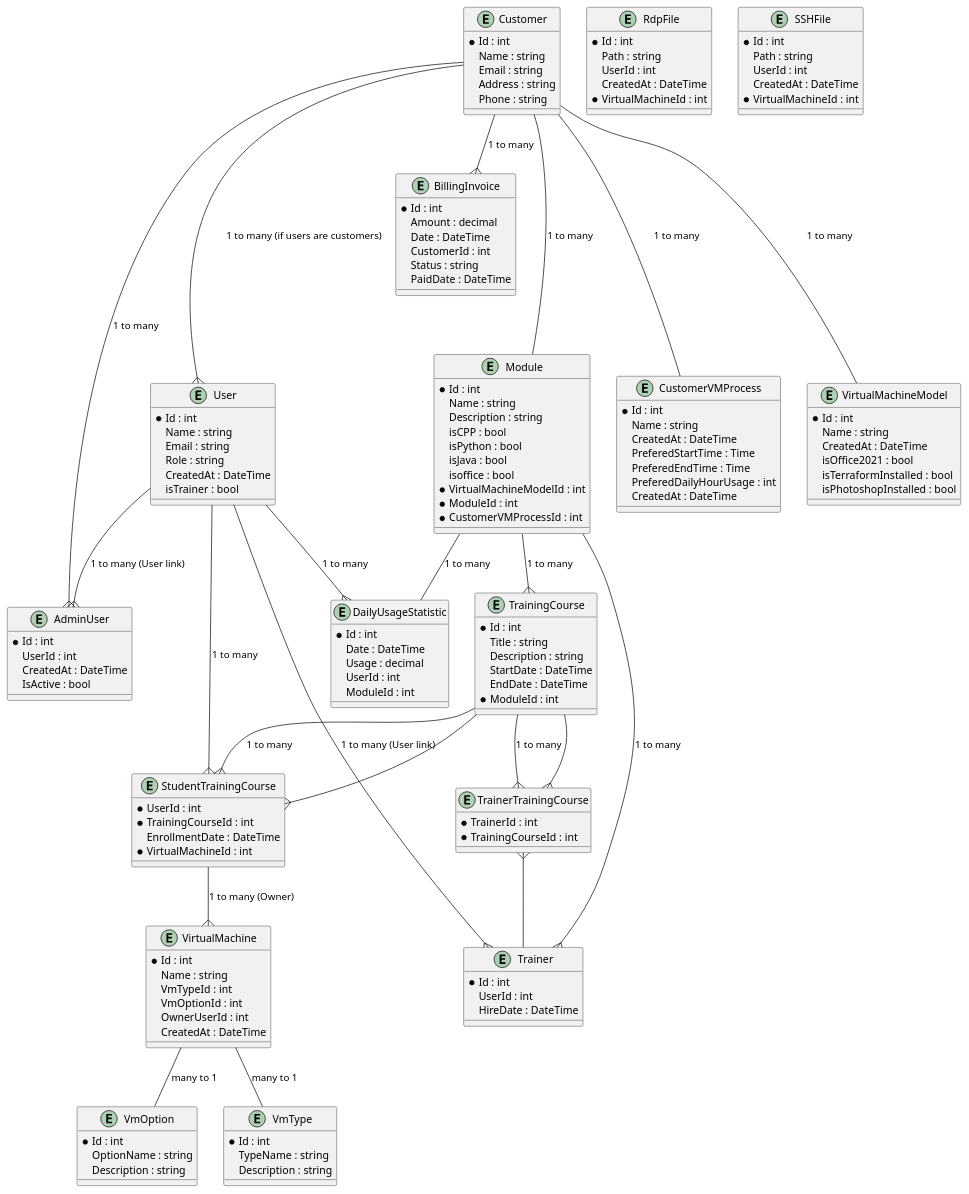
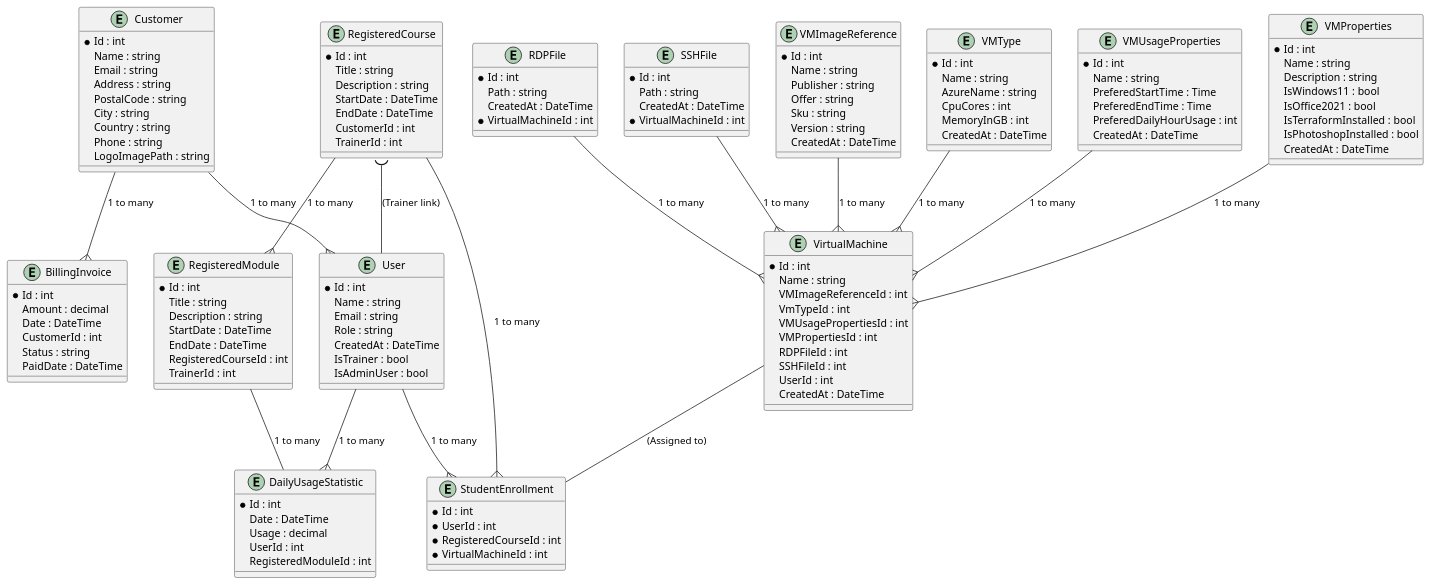
The diagram in Docs/TrainingDataModelDiagram_Full.puml (ChristophePichaud/DataModelExperimentation), drawn with PlantUML before and after one commit.

Commit message:
Refonte - Data Model Updates

```diff
--- a/Docs/TrainingDataModelDiagram_Full.puml
+++ b/Docs/TrainingDataModelDiagram_Full.puml
@@ -1,165 +1,160 @@
 @startuml TrainingDataModel_Full
 ' Full database diagram for TrainingDataModel
 
-entity "AdminUser" as AdminUser {
+entity "User" as User {
   *Id : int
-  UserId : int
+  Name : string
+  Email : string
+  Role : string
   CreatedAt : DateTime
-  IsActive : bool
+  IsTrainer : bool
+  IsAdminUser : bool
 }
 
 entity "BillingInvoice" as BillingInvoice {
   *Id : int
   Amount : decimal
   Date : DateTime
   CustomerId : int
   Status : string
   PaidDate : DateTime
 }
 
 entity "Customer" as Customer {
   *Id : int
   Name : string
   Email : string
   Address : string
+  PostalCode : string
+  City : string
+  Country : string
   Phone : string
+  LogoImagePath : string
 }
 
 entity "DailyUsageStatistic" as DailyUsageStatistic {
   *Id : int
   Date : DateTime
   Usage : decimal
   UserId : int
-  ModuleId : int
+  RegisteredModuleId : int
 }
 
-entity "Module" as Module {
+
+entity "RegisteredCourse" as RegisteredCourse {
   *Id : int
-  Name : string
+  Title : string
   Description : string
-  isCPP : bool
-  isPython : bool
-  isJava : bool
-  isoffice : bool
-  *VirtualMachineModelId : int
-  *ModuleId : int
-  *CustomerVMProcessId : int
+  StartDate : DateTime
+  EndDate : DateTime
+  CustomerId : int
+  TrainerId : int
 }
 
-entity "RdpFile" as RdpFile {
+entity "RegisteredModule" as RegisteredModule {
+  *Id : int
+  Title : string
+  Description : string
+  StartDate : DateTime
+  EndDate : DateTime
+  RegisteredCourseId : int
+  TrainerId : int
+}
+
+entity "StudentEnrollment" as StudentEnrollment {
+  *Id : int
+  *UserId : int
+  *RegisteredCourseId : int
+  *VirtualMachineId : int
+}
+
+entity "RDPFile" as RDPFile {
   *Id : int
   Path : string
-  UserId : int
   CreatedAt : DateTime
   *VirtualMachineId : int
 }
 
 entity "SSHFile" as SSHFile {
   *Id : int
   Path : string
-  UserId : int
   CreatedAt : DateTime
   *VirtualMachineId : int
-}
-
-entity "Trainer" as Trainer {
-  *Id : int
-  UserId : int
-  HireDate : DateTime
-}
-
-entity "TrainerTrainingCourse" as TrainerTrainingCourse {
-  *TrainerId : int
-  *TrainingCourseId : int
-}
-
-entity "TrainingCourse" as TrainingCourse {
-  *Id : int
-  Title : string
-  Description : string
-  StartDate : DateTime
-  EndDate : DateTime
-  *ModuleId : int
-  
-}
-
-entity "StudentTrainingCourse" as StudentTrainingCourse {
-  *UserId : int
-  *TrainingCourseId : int
-  EnrollmentDate : DateTime
-  *VirtualMachineId : int
-}
-
-entity "User" as User {
-  *Id : int
-  Name : string
-  Email : string
-  Role : string
-  CreatedAt : DateTime
-  isTrainer : bool
 }
 
 entity "VirtualMachine" as VirtualMachine {
   *Id : int
   Name : string
+  VMImageReferenceId : int
   VmTypeId : int
-  VmOptionId : int
-  OwnerUserId : int
+  VMUsagePropertiesId : int
+  VMPropertiesId : int
+  RDPFileId : int
+  SSHFileId : int
+  UserId : int
   CreatedAt : DateTime
 }
 
-entity "CustomerVMProcess" as CustomerVMProcess {
+entity "VMImageReference" as VMImageReference {
   *Id : int
   Name : string
+  Publisher : string
+  Offer : string
+  Sku : string
+  Version : string
   CreatedAt : DateTime
+}
+
+entity "VMType" as VMType {
+  *Id : int
+  Name : string
+  AzureName : string
+  CpuCores : int
+  MemoryInGB : int
+  CreatedAt : DateTime
+}
+
+entity "VMUsageProperties" as VMUsageProperties {
+  *Id : int
+  Name : string
   PreferedStartTime : Time
   PreferedEndTime : Time
   PreferedDailyHourUsage : int
   CreatedAt : DateTime
 }
 
 
-entity "VirtualMachineModel" as VirtualMachineModel {
+entity "VMProperties" as VMProperties {
   *Id : int
   Name : string
+  Description : string
+  IsWindows11 : bool
+  IsOffice2021 : bool
+  IsTerraformInstalled : bool
+  IsPhotoshopInstalled : bool
   CreatedAt : DateTime
-  isOffice2021 : bool
-  isTerraformInstalled : bool
-  isPhotoshopInstalled : bool
 }
 
-entity "VmOption" as VmOption {
-  *Id : int
-  OptionName : string
-  Description : string
-}
-
-entity "VmType" as VmType {
-  *Id : int
-  TypeName : string
-  Description : string
-}
 
 '"Relationships"
 Customer --{ BillingInvoice : "1 to many"
-Customer --{ AdminUser : "1 to many"
-Customer --{ User : "1 to many (if users are customers)"
+Customer --{ User : "1 to many"
+
 User --{ DailyUsageStatistic : "1 to many"
-StudentTrainingCourse --{ VirtualMachine : "1 to many (Owner)"
-User --{ AdminUser : "1 to many (User link)"
-User --{ Trainer : "1 to many (User link)"
-VirtualMachine -- VmType : "many to 1"
-VirtualMachine -- VmOption : "many to 1"
-Customer --- VirtualMachineModel : "1 to many"
-Customer --- Module : "1 to many"
-Customer --- CustomerVMProcess : "1 to many"
-User --{ StudentTrainingCourse : "1 to many"
-TrainingCourse --{ StudentTrainingCourse : "1 to many"
-StudentTrainingCourse }-- TrainingCourse
-TrainingCourse --{ TrainerTrainingCourse : "1 to many"
-TrainerTrainingCourse }-- Trainer
-TrainerTrainingCourse }-- TrainingCourse
-Module -- DailyUsageStatistic : "1 to many"
-Module --{ TrainingCourse : "1 to many"
-Module --{ Trainer : "1 to many"
+User --{ StudentEnrollment : "1 to many"
+
+VMType --{ VirtualMachine : "1 to many"
+VMImageReference --{ VirtualMachine : "1 to many"
+VMUsageProperties --{ VirtualMachine : "1 to many"
+VMProperties --{ VirtualMachine : "1 to many"
+SSHFile --{ VirtualMachine : "1 to many"
+RDPFile --{ VirtualMachine : "1 to many"
+
+VirtualMachine -- StudentEnrollment : "(Assigned to)"
+
+RegisteredModule -- DailyUsageStatistic : "1 to many"
+
+RegisteredCourse )-- User : "(Trainer link)"
+RegisteredCourse --{ StudentEnrollment : "1 to many"
+RegisteredCourse --{ RegisteredModule : "1 to many"
 @enduml
```
